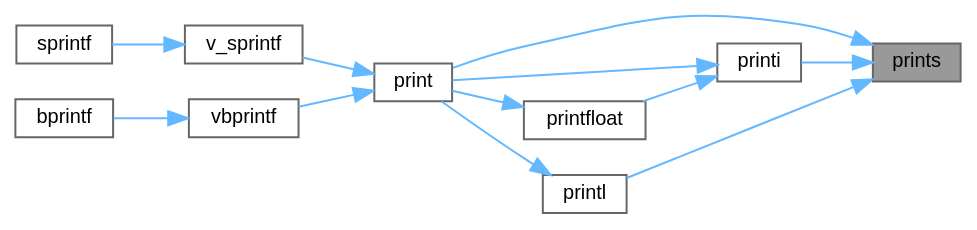
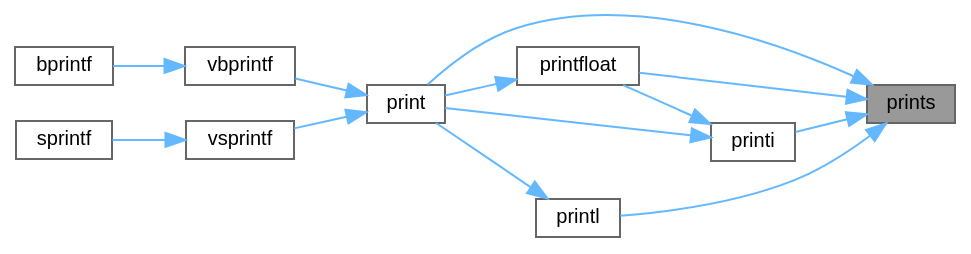
One commit to ebs-universe/piolib-printf changed the diagram in printf_8c_a6ce76a789a6153b7e1b16bc3a6969563_icgraph.dot. Above: the diagram before and after it, drawn with Graphviz. The commit also changed 131 other files, not shown here.

```diff
--- a/printf_8c_a6ce76a789a6153b7e1b16bc3a6969563_icgraph.dot
+++ b/printf_8c_a6ce76a789a6153b7e1b16bc3a6969563_icgraph.dot
@@ -1,29 +1,30 @@
 digraph "prints"
 {
  // INTERACTIVE_SVG=YES
  // LATEX_PDF_SIZE
   bgcolor="transparent";
   edge [fontname=Helvetica,fontsize=10,labelfontname=Helvetica,labelfontsize=10];
   node [fontname=Helvetica,fontsize=10,shape=box,height=0.2,width=0.4];
   rankdir="RL";
   Node1 [id="Node000001",label="prints",height=0.2,width=0.4,color="gray40", fillcolor="grey60", style="filled", fontcolor="black",tooltip=" "];
   Node1 -> Node2 [id="edge1_Node000001_Node000002",dir="back",color="steelblue1",style="solid",tooltip=" "];
   Node2 [id="Node000002",label="print",height=0.2,width=0.4,color="grey40", fillcolor="white", style="filled",URL="$printf_8c.html#a5b328a8f32f082a641944307c97f9a34",tooltip=" "];
   Node2 -> Node3 [id="edge2_Node000002_Node000003",dir="back",color="steelblue1",style="solid",tooltip=" "];
-  Node3 [id="Node000003",label="v_sprintf",height=0.2,width=0.4,color="grey40", fillcolor="white", style="filled",URL="$printf_8h.html#a89206cd7a5ee84d4340e223078709043",tooltip=" "];
+  Node3 [id="Node000003",label="vbprintf",height=0.2,width=0.4,color="grey40", fillcolor="white", style="filled",URL="$printf_8h.html#a65fa2c2b1fdeb49ee1d35b47be733d17",tooltip=" "];
   Node3 -> Node4 [id="edge3_Node000003_Node000004",dir="back",color="steelblue1",style="solid",tooltip=" "];
-  Node4 [id="Node000004",label="sprintf",height=0.2,width=0.4,color="grey40", fillcolor="white", style="filled",URL="$printf_8h.html#a014f72d1eb635d44f4547d6153c9afd1",tooltip=" "];
+  Node4 [id="Node000004",label="bprintf",height=0.2,width=0.4,color="grey40", fillcolor="white", style="filled",URL="$printf_8h.html#a30e09ab10214b5e9b93f4c765f373649",tooltip=" "];
   Node2 -> Node5 [id="edge4_Node000002_Node000005",dir="back",color="steelblue1",style="solid",tooltip=" "];
-  Node5 [id="Node000005",label="vbprintf",height=0.2,width=0.4,color="grey40", fillcolor="white", style="filled",URL="$printf_8h.html#a65fa2c2b1fdeb49ee1d35b47be733d17",tooltip=" "];
+  Node5 [id="Node000005",label="vsprintf",height=0.2,width=0.4,color="grey40", fillcolor="white", style="filled",URL="$printf_8h.html#a984687e0cb1dfa69b33161177d270337",tooltip=" "];
   Node5 -> Node6 [id="edge5_Node000005_Node000006",dir="back",color="steelblue1",style="solid",tooltip=" "];
-  Node6 [id="Node000006",label="bprintf",height=0.2,width=0.4,color="grey40", fillcolor="white", style="filled",URL="$printf_8h.html#a30e09ab10214b5e9b93f4c765f373649",tooltip=" "];
+  Node6 [id="Node000006",label="sprintf",height=0.2,width=0.4,color="grey40", fillcolor="white", style="filled",URL="$printf_8h.html#a014f72d1eb635d44f4547d6153c9afd1",tooltip=" "];
   Node1 -> Node7 [id="edge6_Node000001_Node000007",dir="back",color="steelblue1",style="solid",tooltip=" "];
-  Node7 [id="Node000007",label="printi",height=0.2,width=0.4,color="grey40", fillcolor="white", style="filled",URL="$printf_8c.html#ad9c642f8af1fe47d03e648b146da3b8d",tooltip=" "];
+  Node7 [id="Node000007",label="printfloat",height=0.2,width=0.4,color="grey40", fillcolor="white", style="filled",URL="$printf_8c.html#a2c37f08c54b3dc54d13030c62cba67a7",tooltip=" "];
   Node7 -> Node2 [id="edge7_Node000007_Node000002",dir="back",color="steelblue1",style="solid",tooltip=" "];
-  Node7 -> Node8 [id="edge8_Node000007_Node000008",dir="back",color="steelblue1",style="solid",tooltip=" "];
-  Node8 [id="Node000008",label="printfloat",height=0.2,width=0.4,color="grey40", fillcolor="white", style="filled",URL="$printf_8c.html#a2c37f08c54b3dc54d13030c62cba67a7",tooltip=" "];
+  Node1 -> Node8 [id="edge8_Node000001_Node000008",dir="back",color="steelblue1",style="solid",tooltip=" "];
+  Node8 [id="Node000008",label="printi",height=0.2,width=0.4,color="grey40", fillcolor="white", style="filled",URL="$printf_8c.html#ad9c642f8af1fe47d03e648b146da3b8d",tooltip=" "];
   Node8 -> Node2 [id="edge9_Node000008_Node000002",dir="back",color="steelblue1",style="solid",tooltip=" "];
-  Node1 -> Node9 [id="edge10_Node000001_Node000009",dir="back",color="steelblue1",style="solid",tooltip=" "];
+  Node8 -> Node7 [id="edge10_Node000008_Node000007",dir="back",color="steelblue1",style="solid",tooltip=" "];
+  Node1 -> Node9 [id="edge11_Node000001_Node000009",dir="back",color="steelblue1",style="solid",tooltip=" "];
   Node9 [id="Node000009",label="printl",height=0.2,width=0.4,color="grey40", fillcolor="white", style="filled",URL="$printf_8c.html#a700fcb0af9d5d9311fe8a86380747db7",tooltip=" "];
-  Node9 -> Node2 [id="edge11_Node000009_Node000002",dir="back",color="steelblue1",style="solid",tooltip=" "];
+  Node9 -> Node2 [id="edge12_Node000009_Node000002",dir="back",color="steelblue1",style="solid",tooltip=" "];
 }
```
